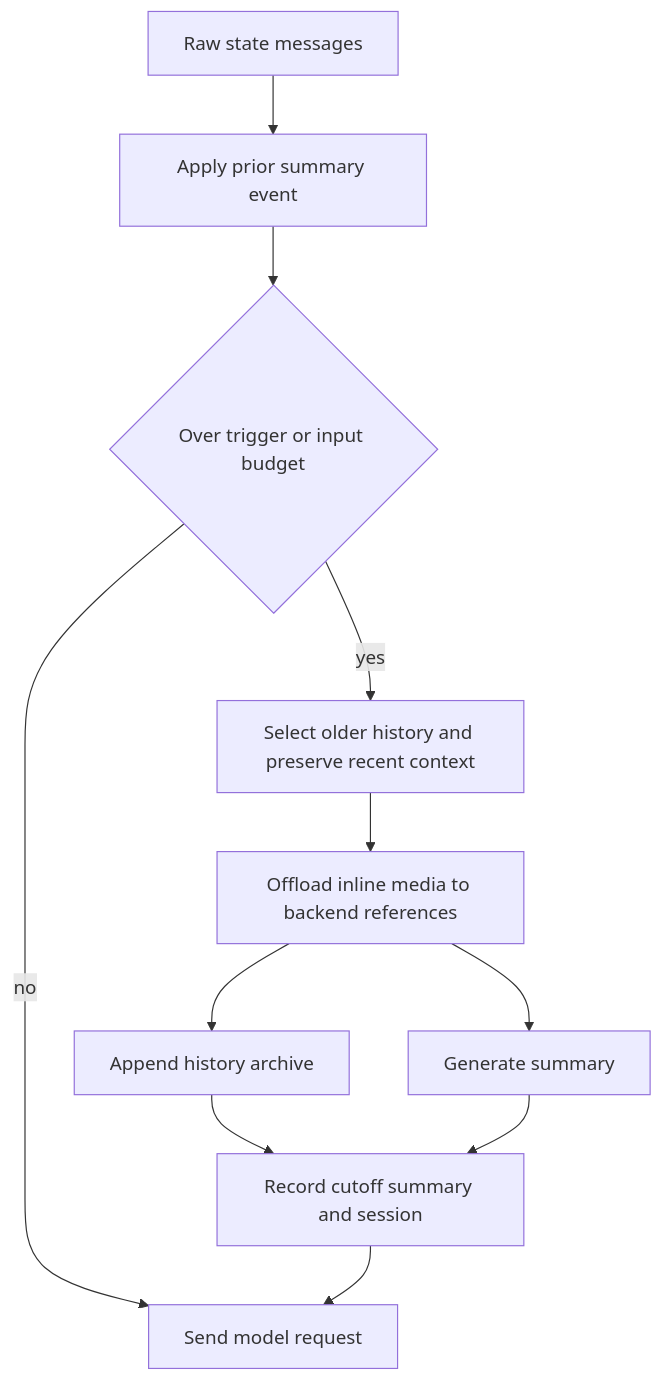
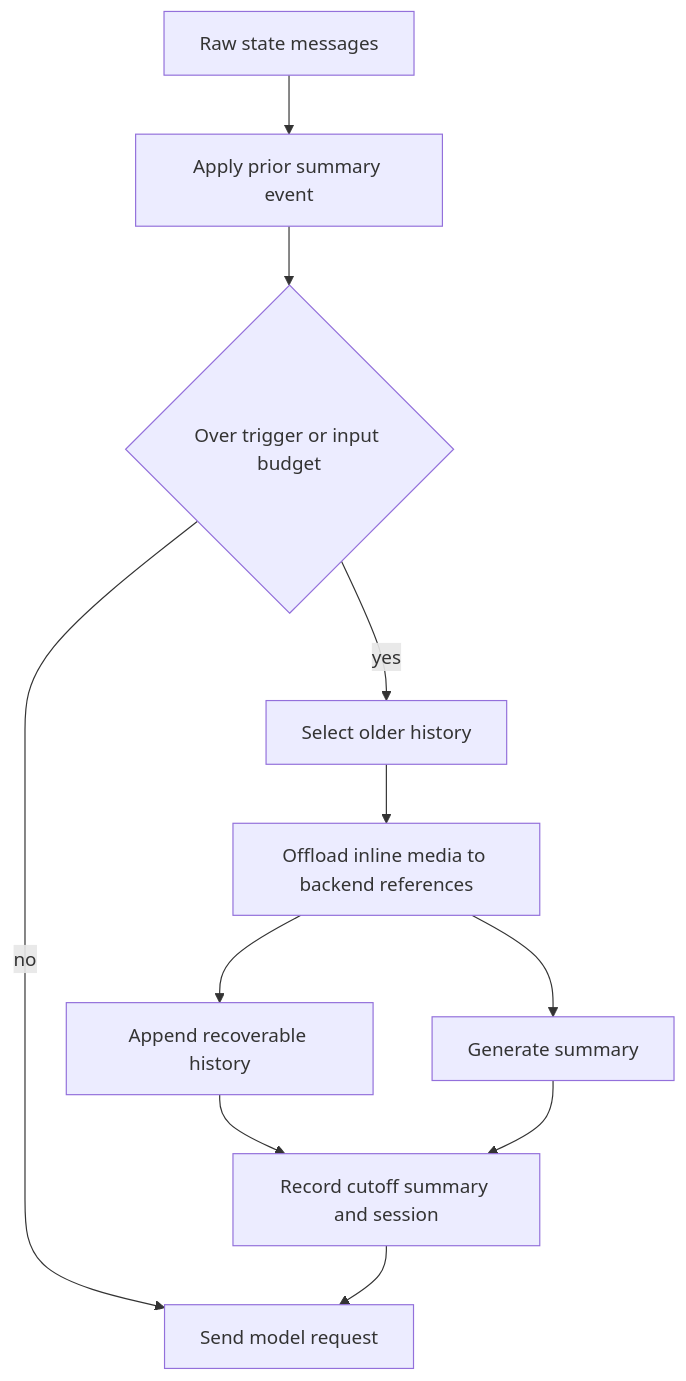
Before and after one commit to langchain-ai/deepagents: the third of 3 diagrams in openwiki/concepts/middleware-catalog.md, drawn with Mermaid. The commit also changed other lines of this file and 67 other files, not shown here.

````diff
--- a/openwiki/concepts/middleware-catalog.md
+++ b/openwiki/concepts/middleware-catalog.md
@@ -97,13 +132,13 @@
 ```mermaid
 flowchart TD
     Raw["Raw state messages"] --> Effective["Apply prior summary event"]
     Effective --> Budget{"Over trigger or input budget"}
     Budget -->|"no"| Send["Send model request"]
-    Budget -->|"yes"| Prepare["Select older history and preserve recent context"]
+    Budget -->|"yes"| Prepare["Select older history"]
     Prepare --> Media["Offload inline media to backend references"]
-    Media --> Store["Append history archive"]
+    Media --> Archive["Append recoverable history"]
     Media --> Summarize["Generate summary"]
-    Store --> Event["Record cutoff summary and session"]
+    Archive --> Event["Record cutoff summary and session"]
     Summarize --> Event
     Event --> Send
 ```
````
